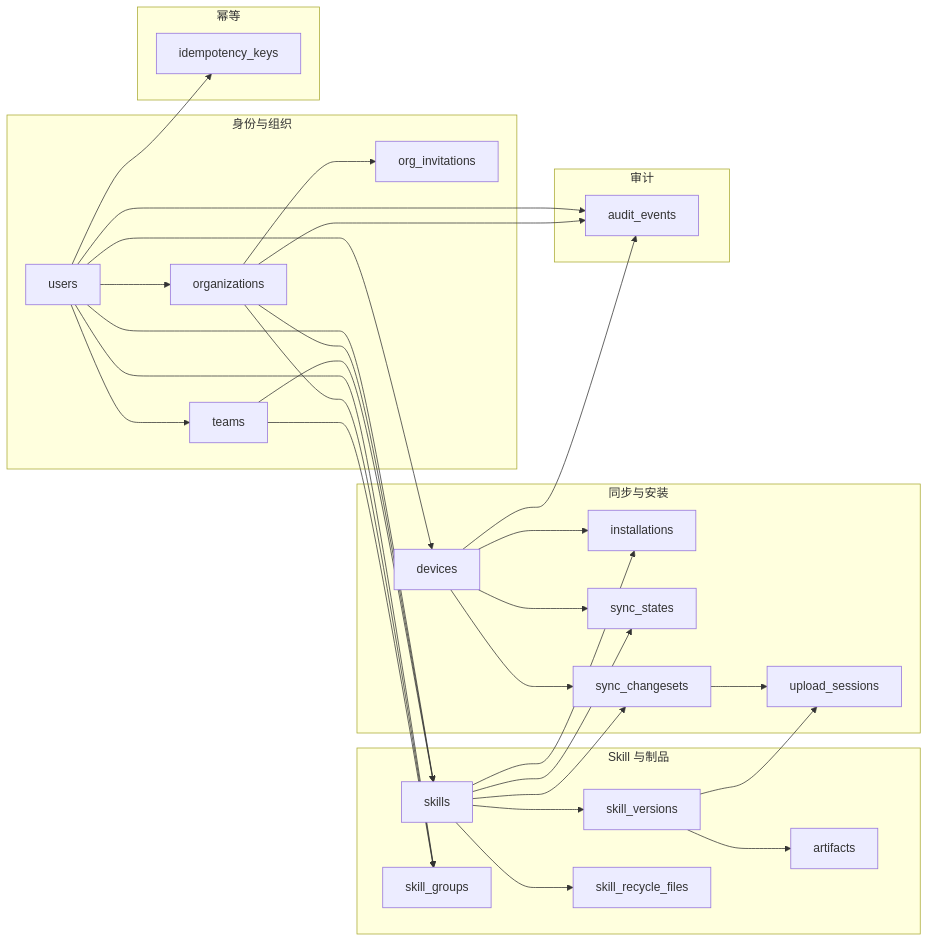
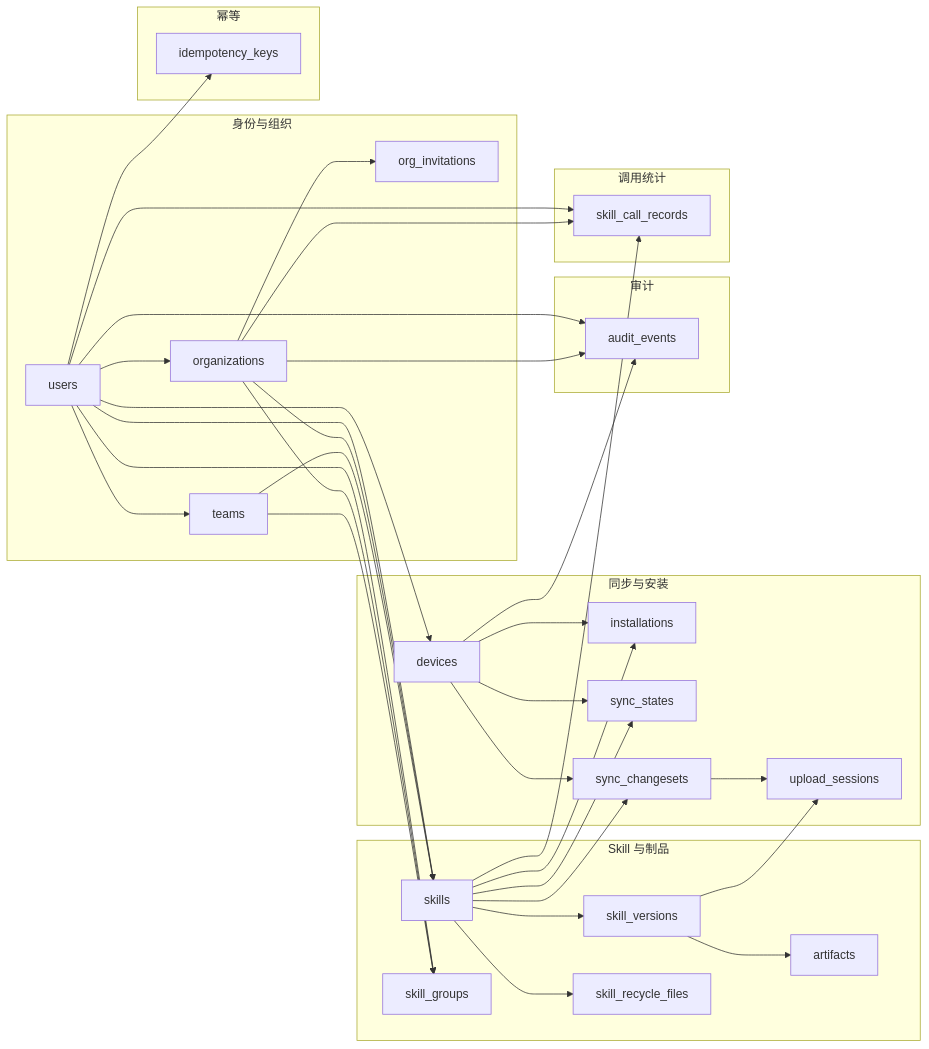
One commit to handaome/skillMesh changed the seventh of 7 diagrams in docs/数据库ER图.md. Above: the diagram before and after it, drawn with Mermaid. The commit also changed other lines of this file and 24 other files, not shown here.

````diff
--- a/docs/数据库ER图.md
+++ b/docs/数据库ER图.md
@@ -423,55 +454,61 @@
 ```mermaid
 flowchart LR
     subgraph 身份与组织
         U[users]
         O[organizations]
         T[teams]
         I[org_invitations]
     end
     subgraph Skill 与制品
         S[skills]
         V[skill_versions]
         A[artifacts]
         R[skill_recycle_files]
         G[skill_groups]
     end
     subgraph 同步与安装
         D[devices]
         IN[installations]
         SS[sync_states]
         CS[sync_changesets]
         US[upload_sessions]
     end
     subgraph 审计
         AE[audit_events]
     end
     subgraph 幂等
         IK[idempotency_keys]
     end
+    subgraph 调用统计
+        SC[skill_call_records]
+    end
 
     U --> O
     U --> T
     O --> I
     U --> S
     O --> S
     T --> S
     U --> G
     O --> G
     T --> G
     S --> V
     V --> A
     S --> R
     U --> D
     D --> IN
     D --> SS
     D --> CS
     S --> IN
     S --> SS
     S --> CS
     V --> US
     CS --> US
     U --> AE
     O --> AE
     D --> AE
     U --> IK
+    U --> SC
+    O --> SC
+    S --> SC
 ```
````
